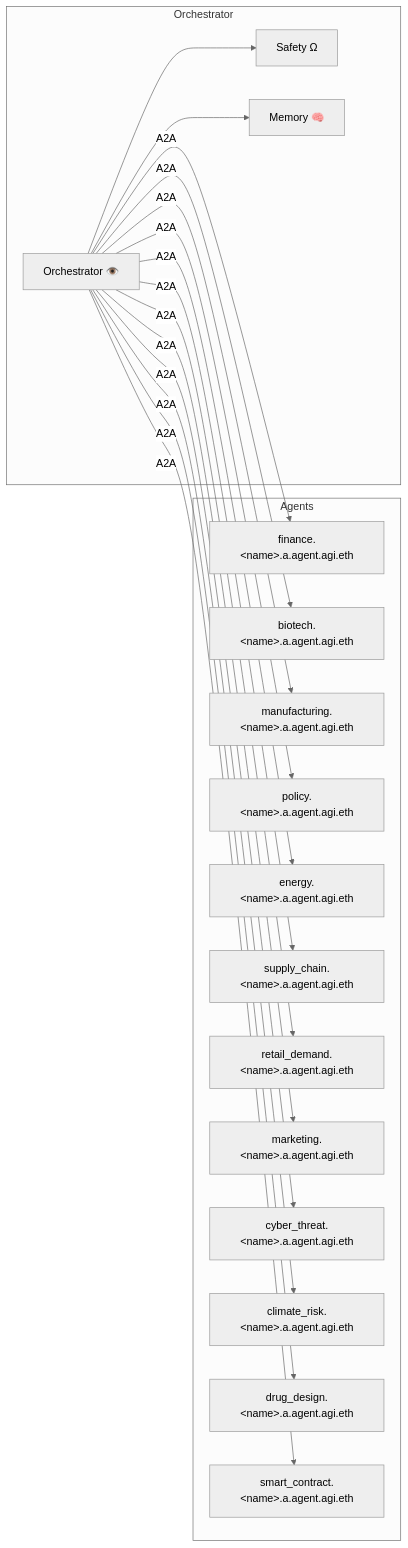
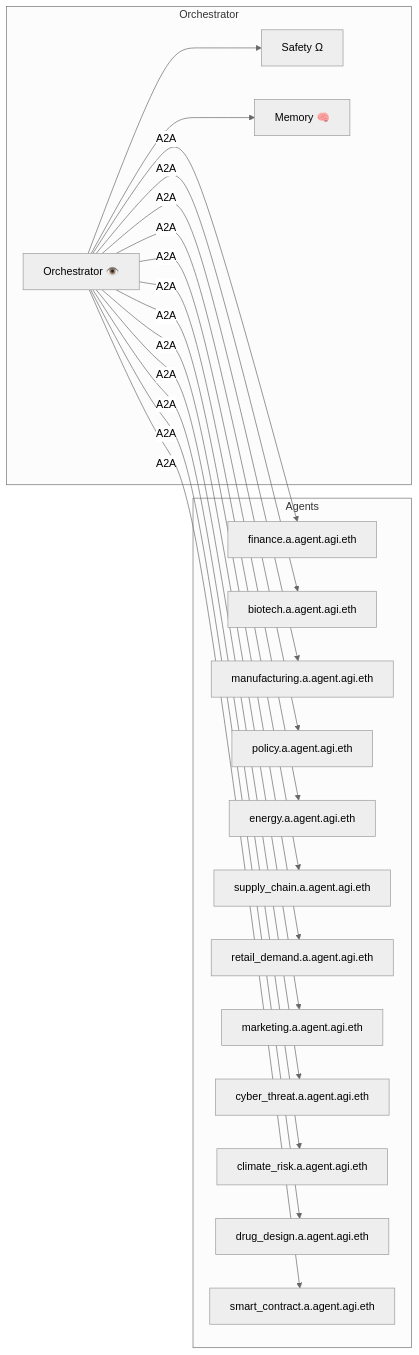
Before and after one commit to vishalbelsare/AGI-Alpha-Agent-v0: the diagram in alpha_factory_v1/docs/alpha_agi_business.md, drawn with Mermaid (neutral theme).

````diff
--- a/alpha_factory_v1/docs/alpha_agi_business.md
+++ b/alpha_factory_v1/docs/alpha_agi_business.md
@@ -47,43 +47,43 @@
 ```mermaid
 flowchart LR
   %% Core Orchestrator
   subgraph Orchestrator
     ORC["Orchestrator 👁️"]
     SAF["Safety Ω"]
     MEM["Memory 🧠"]
   end
 
   %% Agent Constellation
   subgraph Agents
-    FIN["finance.&lt;name&gt;.a.agent.agi.eth"]
-    BIO["biotech.&lt;name&gt;.a.agent.agi.eth"]
-    MFG["manufacturing.&lt;name&gt;.a.agent.agi.eth"]
-    POL["policy.&lt;name&gt;.a.agent.agi.eth"]
-    ENE["energy.&lt;name&gt;.a.agent.agi.eth"]
-    SUP["supply_chain.&lt;name&gt;.a.agent.agi.eth"]
-    RET["retail_demand.&lt;name&gt;.a.agent.agi.eth"]
-    MKT["marketing.&lt;name&gt;.a.agent.agi.eth"]
-    CYB["cyber_threat.&lt;name&gt;.a.agent.agi.eth"]
-    CLM["climate_risk.&lt;name&gt;.a.agent.agi.eth"]
-    DRG["drug_design.&lt;name&gt;.a.agent.agi.eth"]
-    SMT["smart_contract.&lt;name&gt;.a.agent.agi.eth"]
+    FIN["finance.a.agent.agi.eth"]
+    BIO["biotech.a.agent.agi.eth"]
+    MFG["manufacturing.a.agent.agi.eth"]
+    POL["policy.a.agent.agi.eth"]
+    ENE["energy.a.agent.agi.eth"]
+    SUP["supply_chain.a.agent.agi.eth"]
+    RET["retail_demand.a.agent.agi.eth"]
+    MKT["marketing.a.agent.agi.eth"]
+    CYB["cyber_threat.a.agent.agi.eth"]
+    CLM["climate_risk.a.agent.agi.eth"]
+    DRG["drug_design.a.agent.agi.eth"]
+    SMT["smart_contract.a.agent.agi.eth"]
   end
 
   %% A2A links (one‑to‑many explicit to satisfy Mermaid syntax)
   ORC -- A2A --> FIN
   ORC -- A2A --> BIO
   ORC -- A2A --> MFG
   ORC -- A2A --> POL
   ORC -- A2A --> ENE
   ORC -- A2A --> SUP
   ORC -- A2A --> RET
   ORC -- A2A --> MKT
   ORC -- A2A --> CYB
   ORC -- A2A --> CLM
   ORC -- A2A --> DRG
   ORC -- A2A --> SMT
 
   %% Control & memory paths
   ORC --> SAF
   ORC --> MEM
 ```
````
